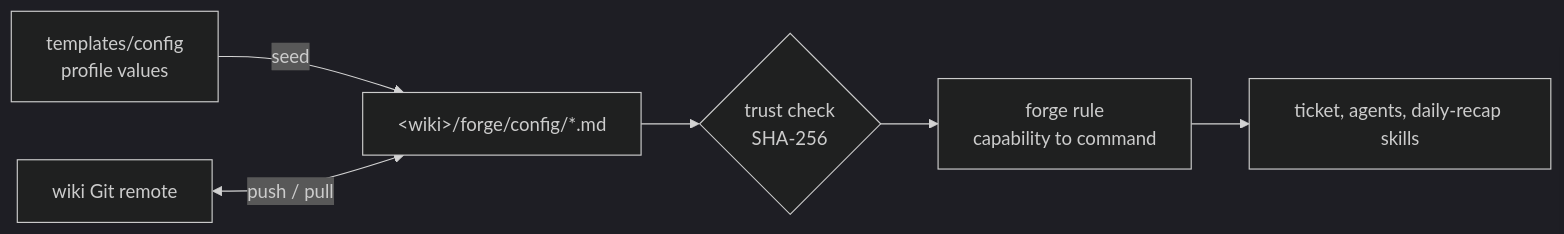
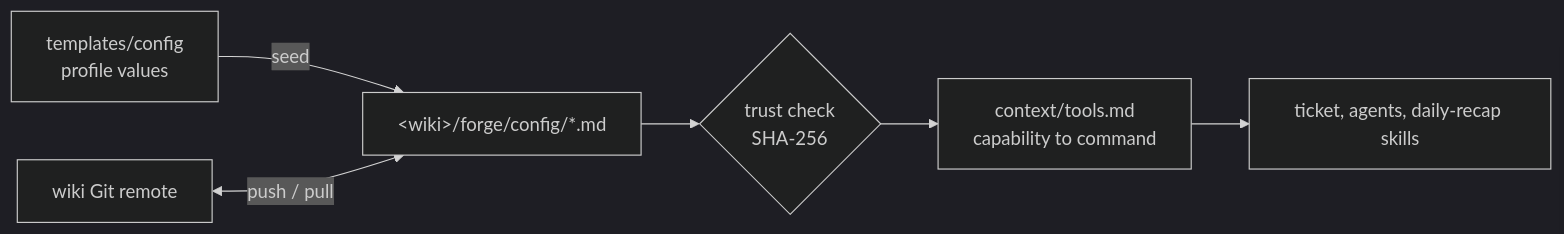
Before and after one commit to alexradunet/forge-engineering: the diagram in docs/config.md, drawn with Mermaid (dark theme). The commit also changed other lines of this file and 33 other files, not shown here.

First line of the commit message:
forge 7.3.0: gate guard hook, short session context, and ticket skill phases

````diff
--- a/docs/config.md
+++ b/docs/config.md
@@ -19,8 +19,8 @@
 ```mermaid
 flowchart LR
   tpl["templates/config<br/>profile values"] -- seed --> cfg["&lt;wiki&gt;/forge/config/*.md"]
   remote["wiki Git remote"] <-->|push / pull| cfg
   cfg --> trust{"trust check<br/>SHA-256"}
-  trust --> rule["forge rule<br/>capability to command"]
+  trust --> rule["context/tools.md<br/>capability to command"]
   rule --> skills["ticket, agents, daily-recap skills"]
 ```
````
